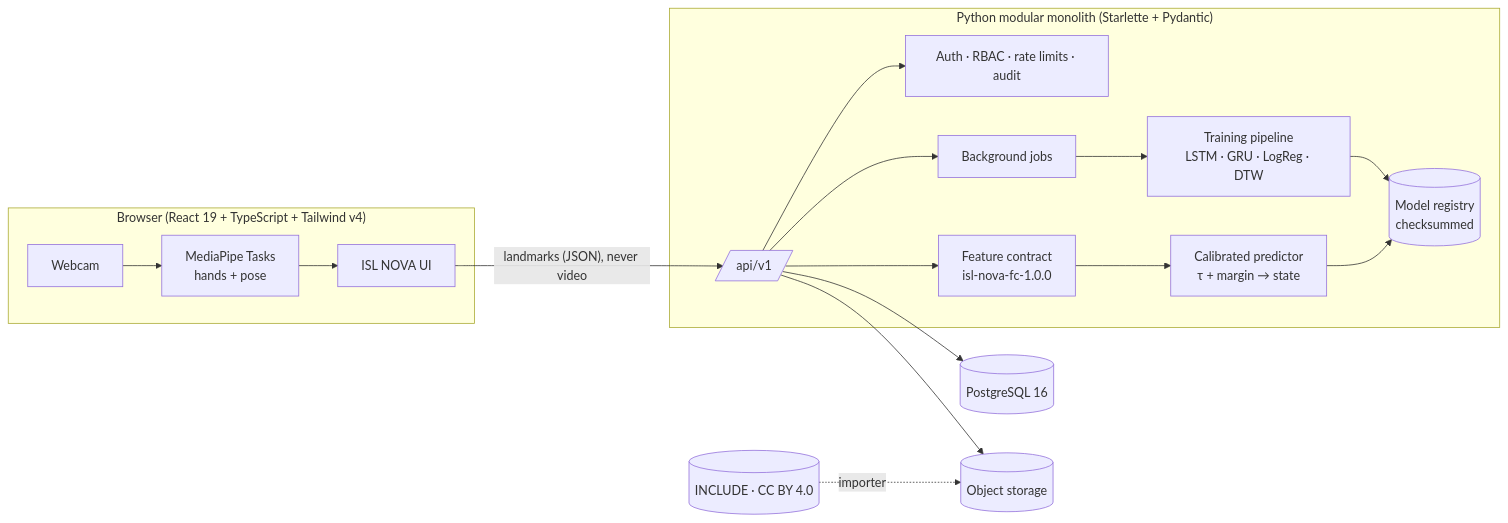
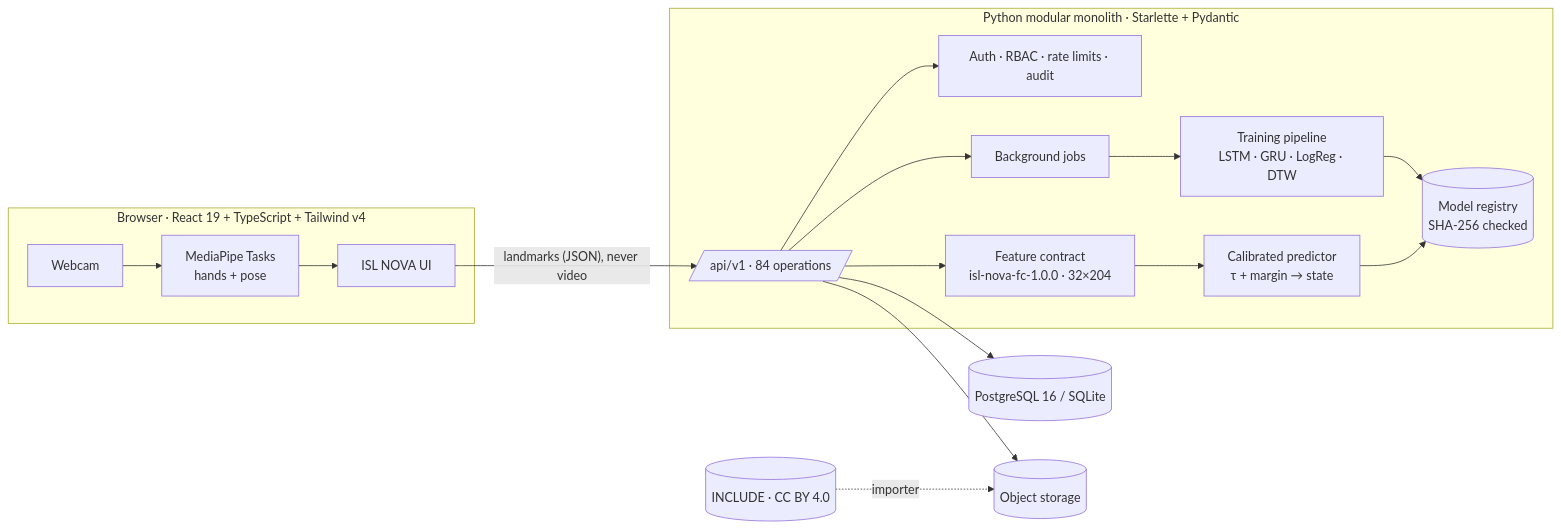
The first of 3 diagrams in README.md (nvaltryek-001/ISL-NOVA), drawn with Mermaid before and after one commit. The commit also changed other lines of this file and 3 other files, not shown here.

````diff
--- a/README.md
+++ b/README.md
@@ -92,20 +181,20 @@
 ```mermaid
 flowchart LR
-  subgraph Browser["Browser (React 19 + TypeScript + Tailwind v4)"]
+  subgraph Browser["Browser · React 19 + TypeScript + Tailwind v4"]
     CAM[Webcam] --> MP[MediaPipe Tasks<br/>hands + pose]
     MP --> UI[ISL NOVA UI]
   end
   UI -- "landmarks (JSON), never video" --> API
-  subgraph Server["Python modular monolith (Starlette + Pydantic)"]
-    API[/api/v1/] --> RBAC[Auth · RBAC · rate limits · audit]
-    API --> FC[Feature contract<br/>isl-nova-fc-1.0.0]
+  subgraph Server["Python modular monolith · Starlette + Pydantic"]
+    API[/api/v1 · 84 operations/] --> RBAC[Auth · RBAC · rate limits · audit]
+    API --> FC[Feature contract<br/>isl-nova-fc-1.0.0 · 32×204]
     FC --> PRED[Calibrated predictor<br/>τ + margin → state]
     API --> JOBS[Background jobs]
     JOBS --> TRAIN[Training pipeline<br/>LSTM · GRU · LogReg · DTW]
-    TRAIN --> REG[(Model registry<br/>checksummed)]
+    TRAIN --> REG[(Model registry<br/>SHA-256 checked)]
     PRED --> REG
   end
-  API --> DB[(PostgreSQL 16)]
+  API --> DB[(PostgreSQL 16 / SQLite)]
   API --> OBJ[(Object storage)]
   INC[(INCLUDE · CC BY 4.0)] -. importer .-> OBJ
 ```
````
